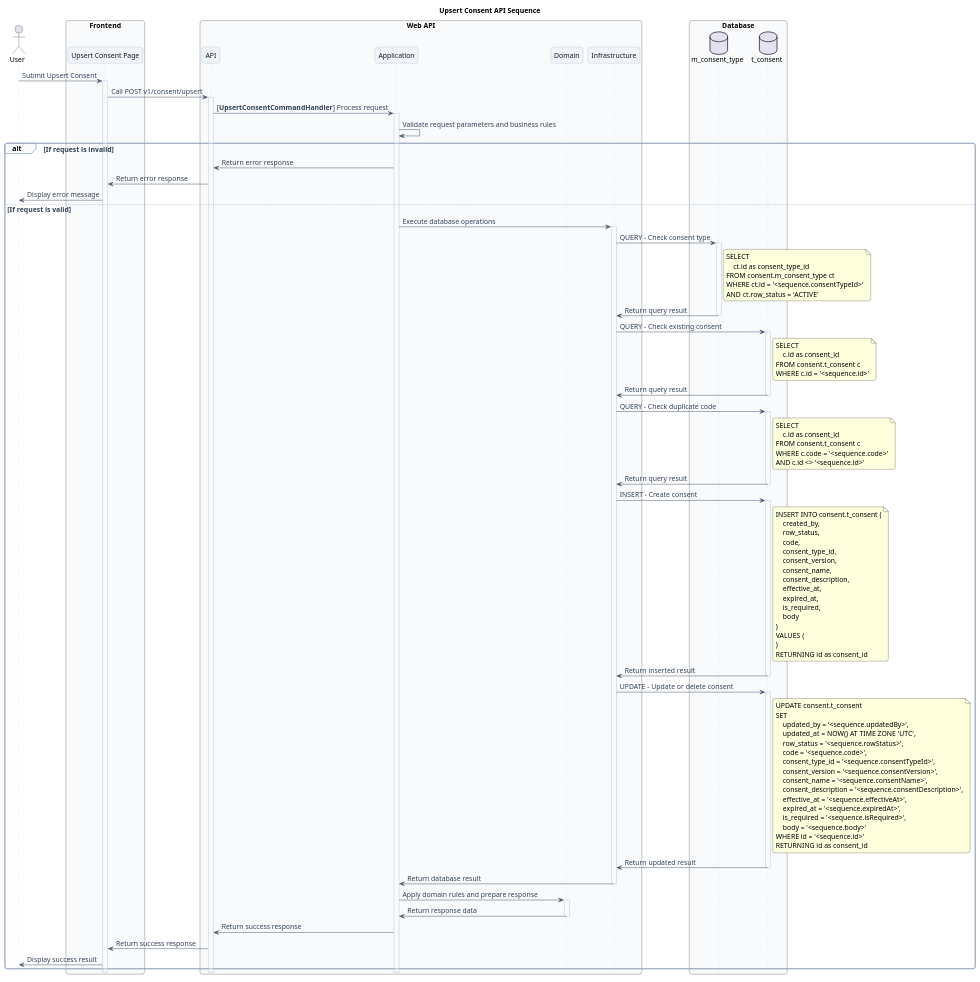
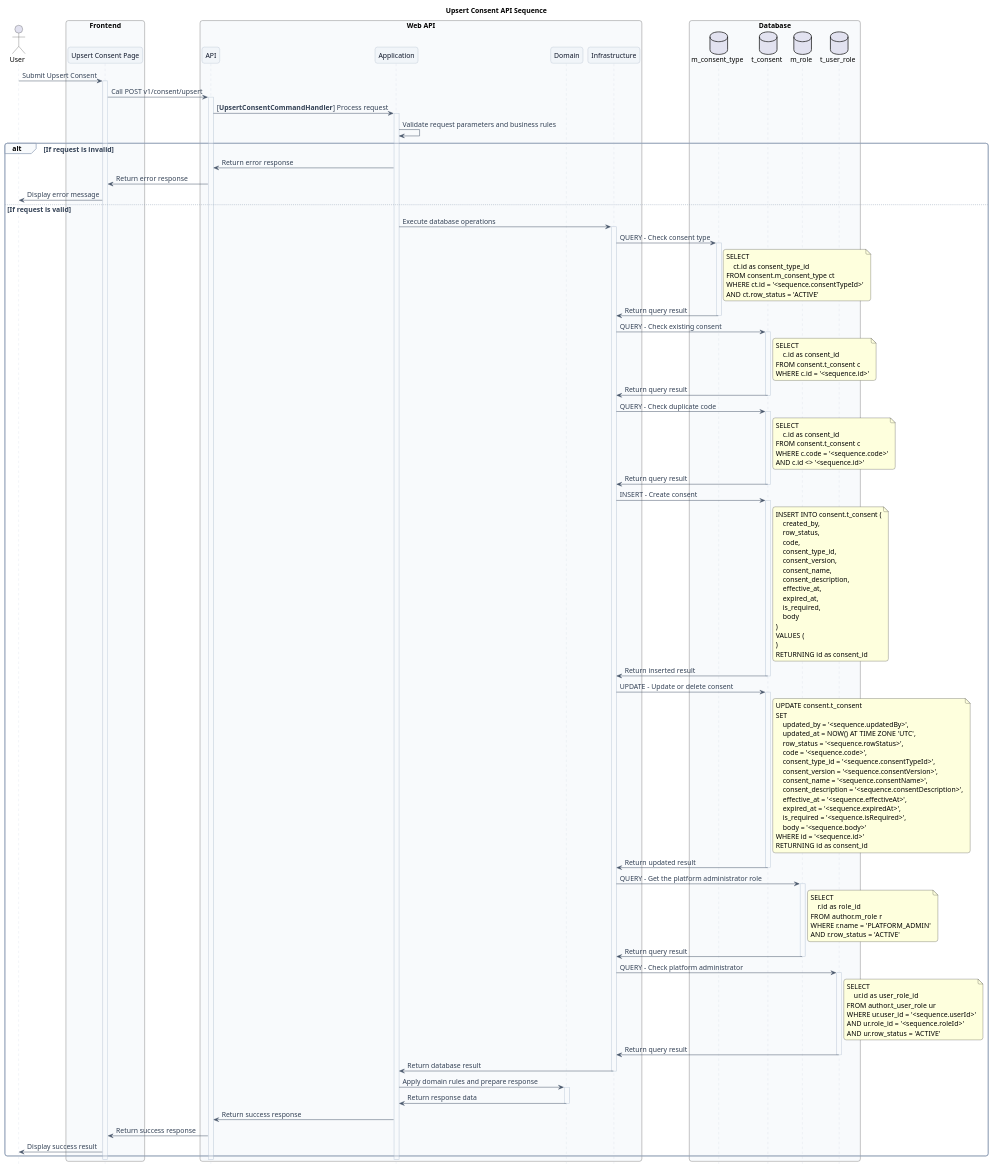
The diagram in e-commerce/doc/api/consent/02-upsert-consent/sequence.wsd (ittikornsopawan/system-analysis-and-design), drawn with PlantUML before and after one commit. The commit also changed 10 other files, not shown here.

```diff
--- a/e-commerce/doc/api/consent/02-upsert-consent/sequence.wsd
+++ b/e-commerce/doc/api/consent/02-upsert-consent/sequence.wsd
@@ -1,169 +1,196 @@
 @startuml UpsertConsent Sequence
 
 title Upsert Consent API Sequence
 
 ' Visual style
 skinparam defaultFontName "Sarabun"
 skinparam defaultFontSize 14
 skinparam backgroundColor #FFFFFF
 skinparam shadowing false
 skinparam roundcorner 10
 skinparam sequence {
     ArrowColor #475569
     ArrowFontColor #334155
     LifeLineBorderColor #CBD5E1
     LifeLineBackgroundColor #F8FAFC
     ParticipantBorderColor #94A3B8
     ParticipantBackgroundColor #F1F5F9
     ParticipantFontColor #0F172A
     GroupBorderColor #94A3B8
     GroupBackgroundColor #F8FAFC
     GroupFontColor #334155
 }
 
 ' Do not show participant footers at the bottom of the diagram
 hide footbox
 
 
 actor "User" as user
 
 box "Frontend" #F8FAFC
     participant "Upsert Consent Page" as page
 end box
 
 box "Web API" #F8FAFC
     participant "API" as api
     participant "Application" as app
     participant "Domain" as domain
     participant "Infrastructure" as infra
 end box
 
 box "Database" #F8FAFC
     database "m_consent_type" as m_consent_type
     database "t_consent" as t_consent
+    database "m_role" as m_role
+    database "t_user_role" as t_user_role
 end box
 
 user -> page: Submit Upsert Consent
 
 activate page
     page -> api: Call POST v1/consent/upsert
     activate api
         api -> app: [**UpsertConsentCommandHandler**] Process request
         activate app
             app -> app: Validate request parameters and business rules
             alt If request is invalid
                 app -> api: Return error response
                 api -> page: Return error response
                 page -> user: Display error message
             else If request is valid
                 app -> infra: Execute database operations
                 activate infra
                     infra -> m_consent_type: QUERY - Check consent type
                     activate m_consent_type
                         note right of m_consent_type
                             SELECT
                                 ct.id as consent_type_id
                             FROM consent.m_consent_type ct
                             WHERE ct.id = '<sequence.consentTypeId>'
                             AND ct.row_status = 'ACTIVE'
                         end note
                         m_consent_type -> infra: Return query result
                     deactivate m_consent_type
 
                     infra -> t_consent: QUERY - Check existing consent
                     activate t_consent
                         note right of t_consent
                             SELECT
                                 c.id as consent_id
                             FROM consent.t_consent c
                             WHERE c.id = '<sequence.id>'
                         end note
                         t_consent -> infra: Return query result
                     deactivate t_consent
 
                     infra -> t_consent: QUERY - Check duplicate code
                     activate t_consent
                         note right of t_consent
                             SELECT
                                 c.id as consent_id
                             FROM consent.t_consent c
                             WHERE c.code = '<sequence.code>'
                             AND c.id <> '<sequence.id>'
                         end note
                         t_consent -> infra: Return query result
                     deactivate t_consent
 
                     infra -> t_consent: INSERT - Create consent
                     activate t_consent
                         note right of t_consent
                             INSERT INTO consent.t_consent (
                                 created_by,
                                 row_status,
                                 code,
                                 consent_type_id,
                                 consent_version,
                                 consent_name,
                                 consent_description,
                                 effective_at,
                                 expired_at,
                                 is_required,
                                 body
                             )
                             VALUES (
                                 '<sequence.createdBy>',
                                 '<sequence.rowStatus>',
                                 '<sequence.code>',
                                 '<sequence.consentTypeId>',
                                 '<sequence.consentVersion>',
                                 '<sequence.consentName>',
                                 '<sequence.consentDescription>',
                                 '<sequence.effectiveAt>',
                                 '<sequence.expiredAt>',
                                 '<sequence.isRequired>',
                                 '<sequence.body>'
                             )
                             RETURNING id as consent_id
                         end note
                         t_consent -> infra: Return inserted result
                     deactivate t_consent
 
                     infra -> t_consent: UPDATE - Update or delete consent
                     activate t_consent
                         note right of t_consent
                             UPDATE consent.t_consent
                             SET
                                 updated_by = '<sequence.updatedBy>',
                                 updated_at = NOW() AT TIME ZONE 'UTC',
                                 row_status = '<sequence.rowStatus>',
                                 code = '<sequence.code>',
                                 consent_type_id = '<sequence.consentTypeId>',
                                 consent_version = '<sequence.consentVersion>',
                                 consent_name = '<sequence.consentName>',
                                 consent_description = '<sequence.consentDescription>',
                                 effective_at = '<sequence.effectiveAt>',
                                 expired_at = '<sequence.expiredAt>',
                                 is_required = '<sequence.isRequired>',
                                 body = '<sequence.body>'
                             WHERE id = '<sequence.id>'
                             RETURNING id as consent_id
                         end note
                         t_consent -> infra: Return updated result
                     deactivate t_consent
 
+                    infra -> m_role: QUERY - Get the platform administrator role
+                    activate m_role
+                        note right of m_role
+                            SELECT
+                                r.id as role_id
+                            FROM author.m_role r
+                            WHERE r.name = 'PLATFORM_ADMIN'
+                            AND r.row_status = 'ACTIVE'
+                        end note
+                        m_role -> infra: Return query result
+                    deactivate m_role
+
+                    infra -> t_user_role: QUERY - Check platform administrator
+                    activate t_user_role
+                        note right of t_user_role
+                            SELECT
+                                ur.id as user_role_id
+                            FROM author.t_user_role ur
+                            WHERE ur.user_id = '<sequence.userId>'
+                            AND ur.role_id = '<sequence.roleId>'
+                            AND ur.row_status = 'ACTIVE'
+                        end note
+                        t_user_role -> infra: Return query result
+                    deactivate t_user_role
+
                     infra -> app: Return database result
                 deactivate infra
 
                 app -> domain: Apply domain rules and prepare response
                 activate domain
                     domain -> app: Return response data
                 deactivate domain
 
                 app -> api: Return success response
                 api -> page: Return success response
                 page -> user: Display success result
             end alt
         deactivate app
     deactivate api
 deactivate page
 
 @enduml
```
